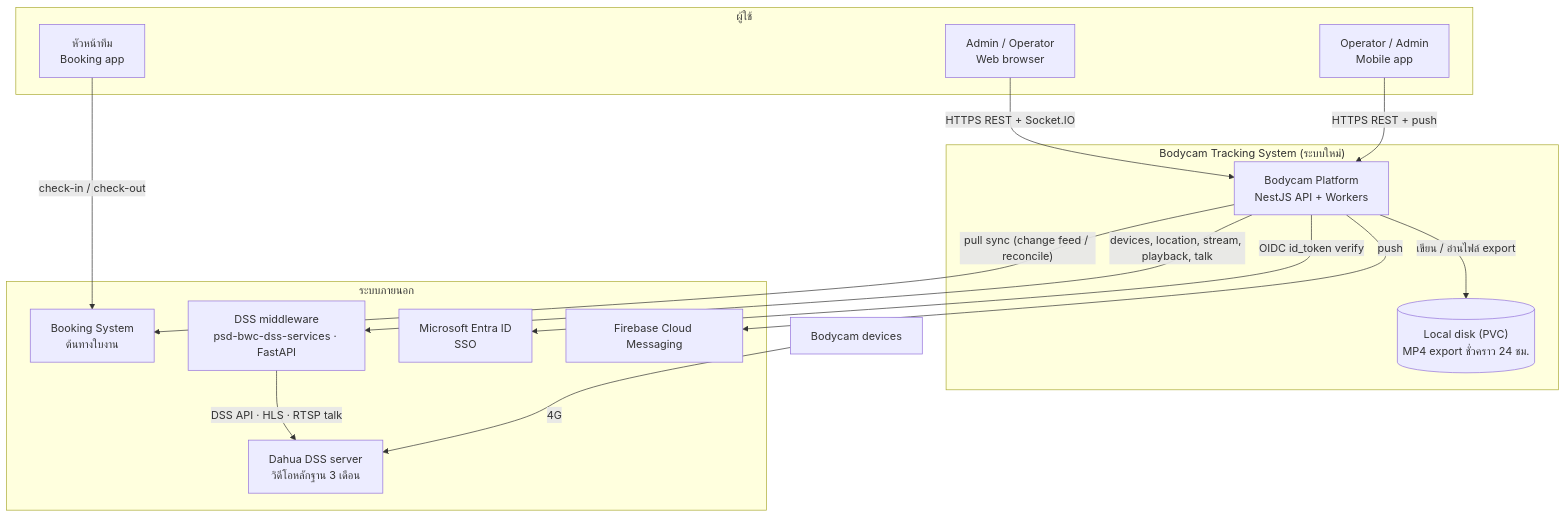
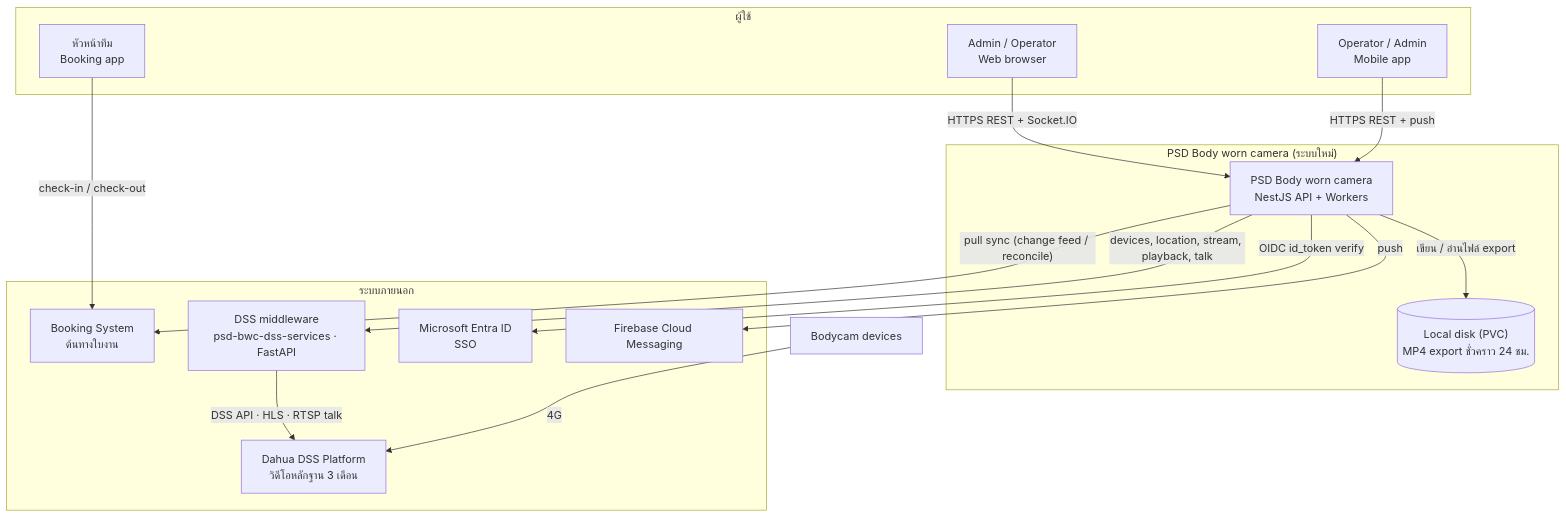
The first of 6 diagrams in docs/blueprint/02-system-architecture.md (b-werayut/psd-bodycam-v1.0), drawn with Mermaid before and after one commit. The commit also changed other lines of this file and 11 other files, not shown here.

````diff
--- a/docs/blueprint/02-system-architecture.md
+++ b/docs/blueprint/02-system-architecture.md
@@ -21,30 +21,30 @@
 ```mermaid
 flowchart TB
   subgraph Users["ผู้ใช้"]
     OPS["Admin / Operator<br/>Web browser"]
     LEAD["Operator / Admin<br/>Mobile app"]
     TL["หัวหน้าทีม<br/>Booking app"]
   end
-  subgraph Sys["Bodycam Tracking System (ระบบใหม่)"]
-    CORE["Bodycam Platform<br/>NestJS API + Workers"]
+  subgraph Sys["PSD Body worn camera (ระบบใหม่)"]
+    CORE["PSD Body worn camera<br/>NestJS API + Workers"]
     DISK[("Local disk (PVC)<br/>MP4 export ชั่วคราว 24 ชม.")]
   end
   subgraph Ext["ระบบภายนอก"]
     BOOK["Booking System<br/>ต้นทางใบงาน"]
     DSSMW["DSS middleware<br/>psd-bwc-dss-services · FastAPI"]
-    DSSSRV["Dahua DSS server<br/>วิดีโอหลักฐาน 3 เดือน"]
+    DSSSRV["Dahua DSS Platform<br/>วิดีโอหลักฐาน 3 เดือน"]
     ENTRA["Microsoft Entra ID<br/>SSO"]
     FCM["Firebase Cloud Messaging"]
   end
   CAM["Bodycam devices"]
   OPS -- "HTTPS REST + Socket.IO" --> CORE
   LEAD -- "HTTPS REST + push" --> CORE
   TL -- "check-in / check-out" --> BOOK
   CORE -- "pull sync (change feed / reconcile)" --> BOOK
   CORE -- "devices, location, stream, playback, talk" --> DSSMW
   DSSMW -- "DSS API · HLS · RTSP talk" --> DSSSRV
   CORE -- "OIDC id_token verify" --> ENTRA
   CORE -- "push" --> FCM
   CORE -- "เขียน / อ่านไฟล์ export" --> DISK
   CAM -- "4G" --> DSSSRV
 ```
````
